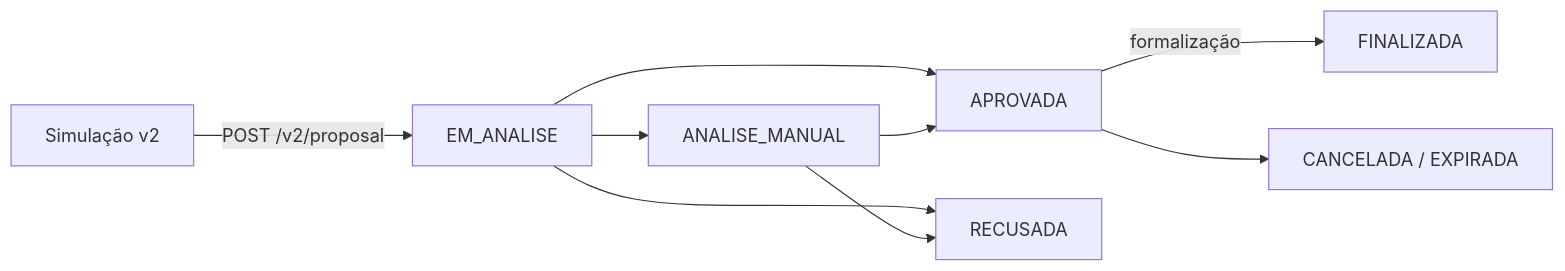
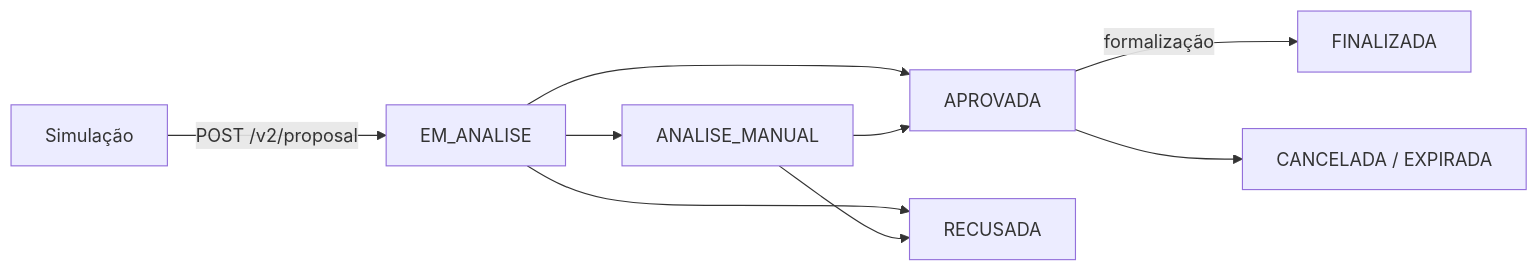
One commit to Twila-Digital/twila-credicarro-documentation changed the diagram in pages/v2/proposal/reference.mdx. Above: the diagram before and after it, drawn with Mermaid. The commit also changed other lines of this file and 31 other files, not shown here.

````diff
--- a/pages/v2/proposal/reference.mdx
+++ b/pages/v2/proposal/reference.mdx
@@ -11,11 +11,11 @@
 ```mermaid
 flowchart LR
-    A[Simulação v2] -->|POST /v2/proposal| B[EM_ANALISE]
+    A[Simulação] -->|POST /v2/proposal| B[EM_ANALISE]
     B --> C[APROVADA]
     B --> R[RECUSADA]
     B --> M[ANALISE_MANUAL]
     M --> C
     M --> R
     C -->|formalização| F[FINALIZADA]
     C --> X[CANCELADA / EXPIRADA]
 ```
````
